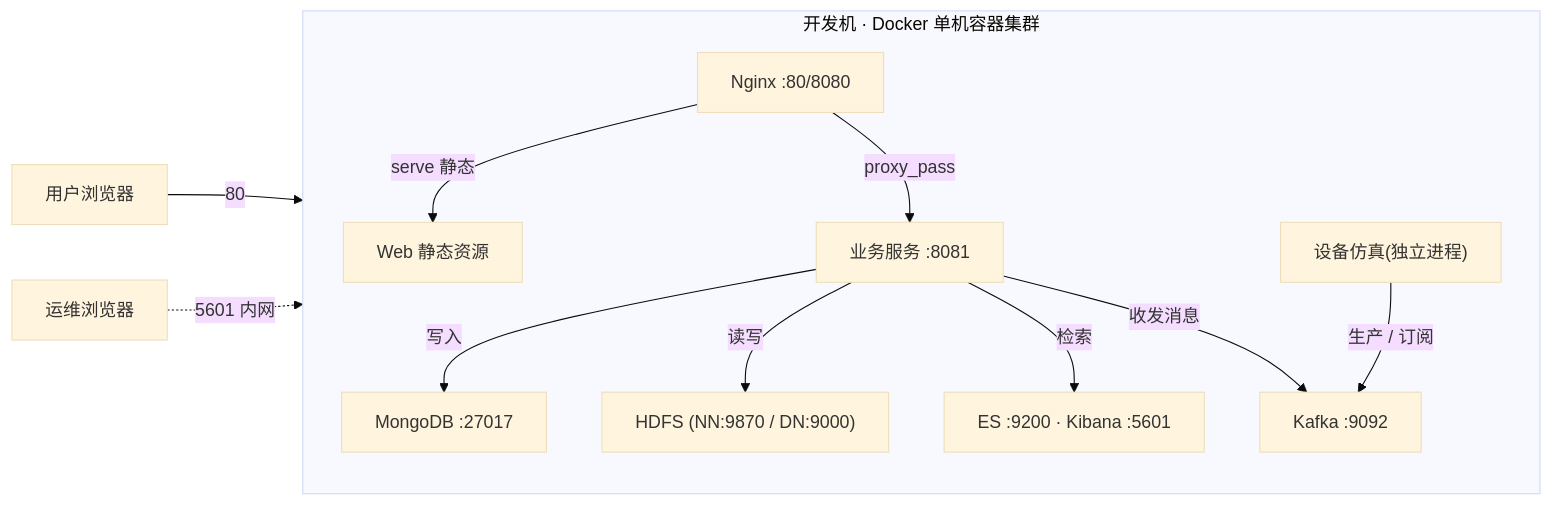
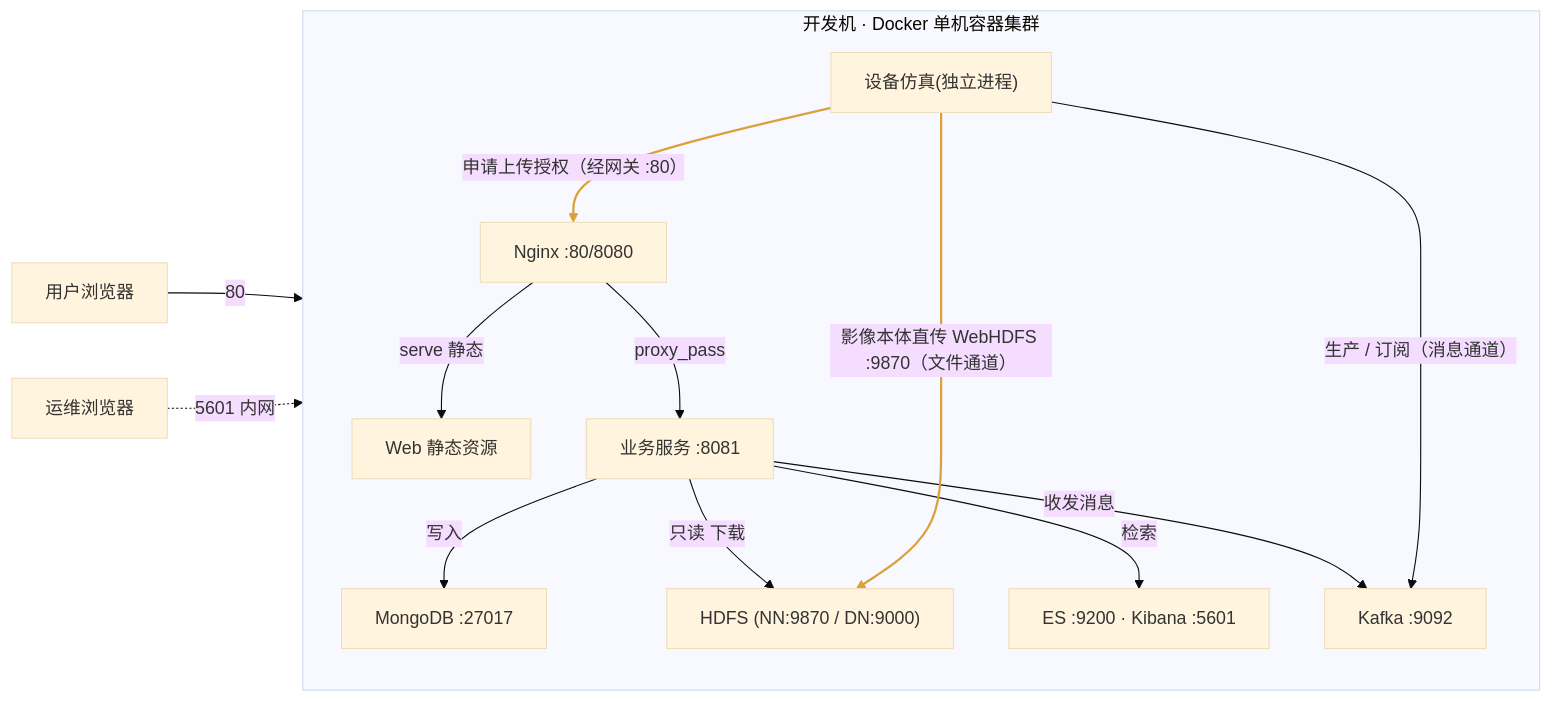
Before and after one commit to heziherz/uav-robot-inspection-platform: the seventh of 7 diagrams in doc/架构分析/架构图详解.md, drawn with Mermaid (base theme). The commit also changed other lines of this file and 54 other files, not shown here.

````diff
--- a/doc/架构分析/架构图详解.md
+++ b/doc/架构分析/架构图详解.md
@@ -247,23 +281,26 @@
 ```mermaid
 flowchart LR
     subgraph HOST["开发机 · Docker 单机容器集群"]
         direction TB
         C1["Nginx :80/8080"]
         C2["业务服务 :8081"]
         C3["Kafka :9092"]
         C4["MongoDB :27017"]
         C5["HDFS (NN:9870 / DN:9000)"]
         C6["ES :9200 · Kibana :5601"]
         C7["Web 静态资源"]
         SIMX["设备仿真(独立进程)"]
     end
     BROWSER[用户浏览器] -->|80| C1
     C1 -->|serve 静态| C7
     C1 -->|proxy_pass| C2
     C2 -->|写入| C4
-    C2 -->|读写| C5
+    C2 -->|只读 下载| C5
     C2 -->|检索| C6
     C2 -->|收发消息| C3
-    SIMX -->|生产 / 订阅| C3
+    SIMX -->|"生产 / 订阅（消息通道）"| C3
+    SIMX -->|"申请上传授权（经网关 :80）"| C1
+    SIMX ==>|"影像本体直传 WebHDFS :9870（文件通道）"| C5
     OPS[运维浏览器] -.->|5601 内网| C6
+    linkStyle 8,9 stroke:#d9a13b,stroke-width:2px
 ```
````
